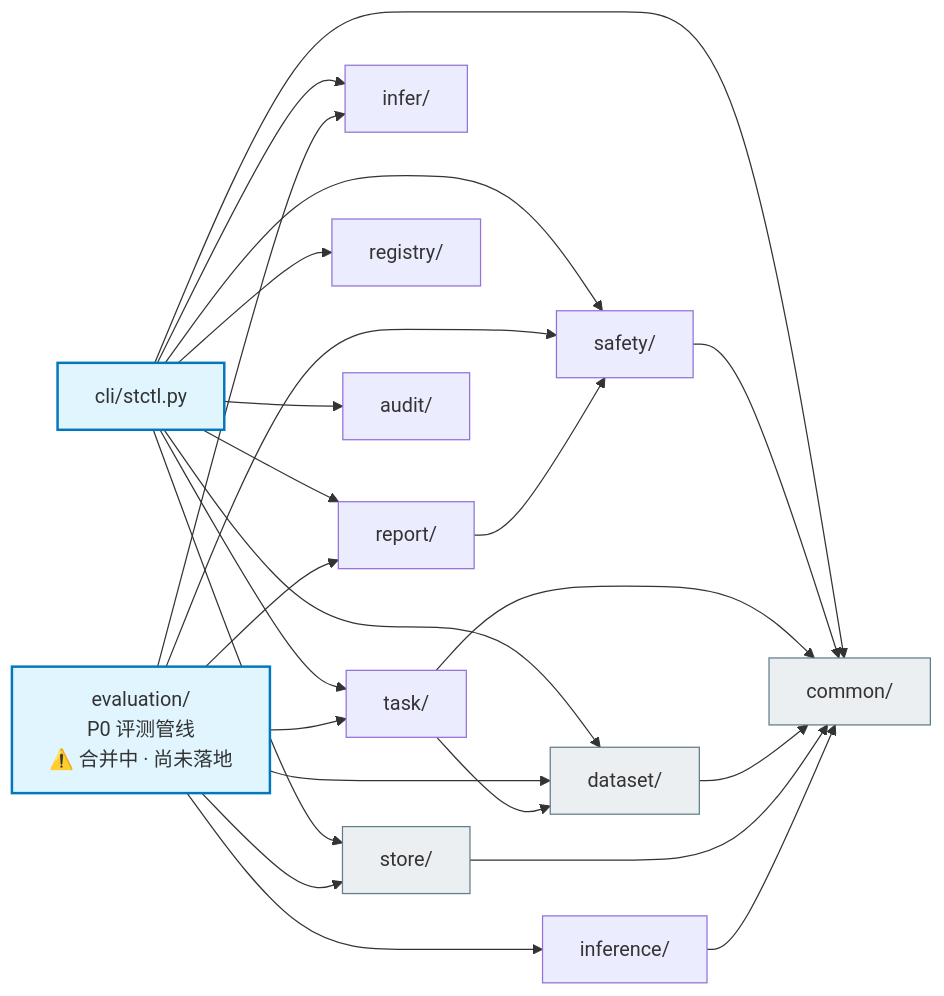
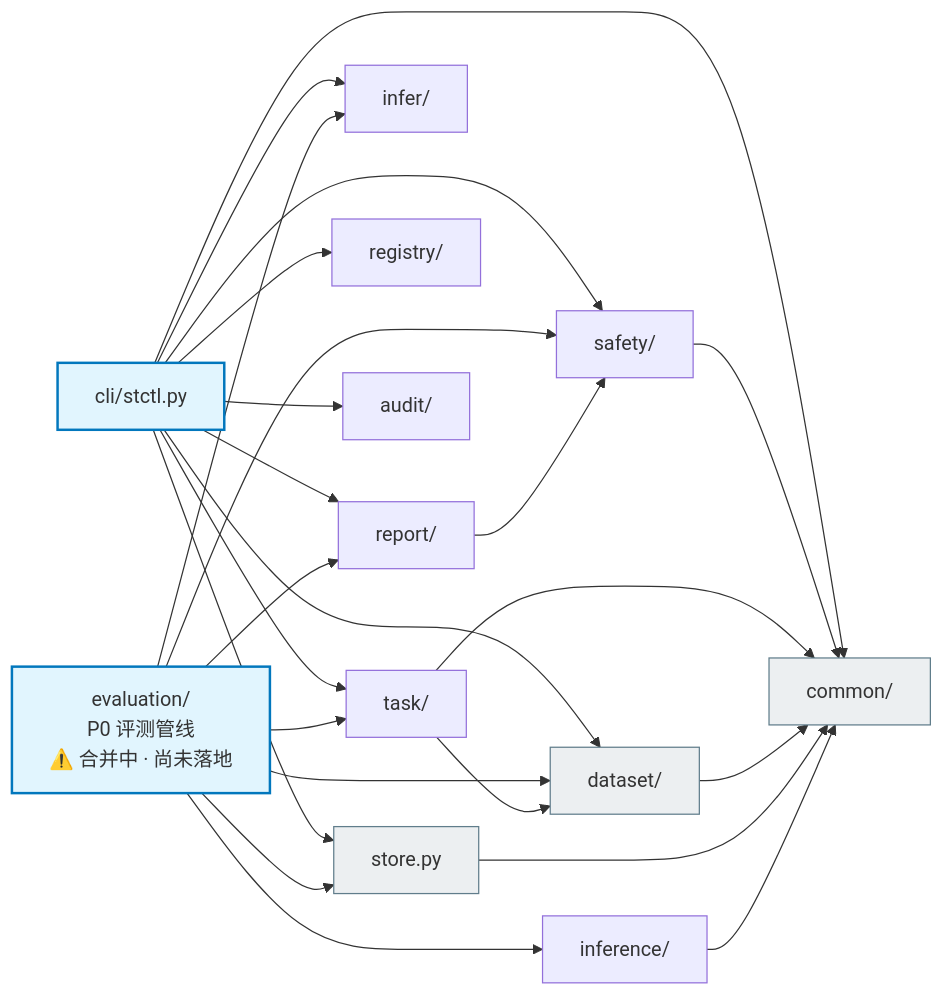
Before and after one commit to buhaiqing/SynthTrial: the fourth of 4 diagrams in docs/design.md, drawn with Mermaid.

Commit message:
docs(design): correct §11.4 node label — store is a module, not a package
store.py is a single module; the diagram labelled it 'store/'. Verified the
full package set on disk against every node in 11.4. Also removed a stray
empty untracked src/platform/evaluation/ directory from main (git does not
track empty dirs; nothing was landed there).

````diff
--- a/docs/design.md
+++ b/docs/design.md
@@ -394,45 +394,45 @@
 ```mermaid
 flowchart LR
     CLI["cli/stctl.py"]
     TASK["task/"]
     INFERENCE["inference/"]
     INFER["infer/"]
     SAFETY["safety/"]
     REPORT["report/"]
     REGISTRY["registry/"]
     DATASET["dataset/"]
-    STORE["store/"]
+    STORE["store.py"]
     AUDIT["audit/"]
     COMMON["common/"]
     EVAL["evaluation/<br/>P0 评测管线<br/>⚠️ 合并中 · 尚未落地"]
 
     CLI --> TASK
     CLI --> DATASET
     CLI --> INFER
     CLI --> SAFETY
     CLI --> REPORT
     CLI --> REGISTRY
     CLI --> STORE
     CLI --> AUDIT
     CLI --> COMMON
     EVAL --> TASK
     EVAL --> INFERENCE
     EVAL --> INFER
     EVAL --> SAFETY
     EVAL --> REPORT
     EVAL --> STORE
     EVAL --> DATASET
 
     SAFETY --> COMMON
     TASK --> COMMON
     TASK --> DATASET
     DATASET --> COMMON
     STORE --> COMMON
     REPORT --> SAFETY
     INFERENCE --> COMMON
 
     classDef leaf fill:#eceff1,stroke:#607d8b
     classDef orch fill:#e1f5fe,stroke:#0277bd,stroke-width:2px
     class COMMON,DATASET,STORE leaf
     class CLI,EVAL orch
 ```
````
